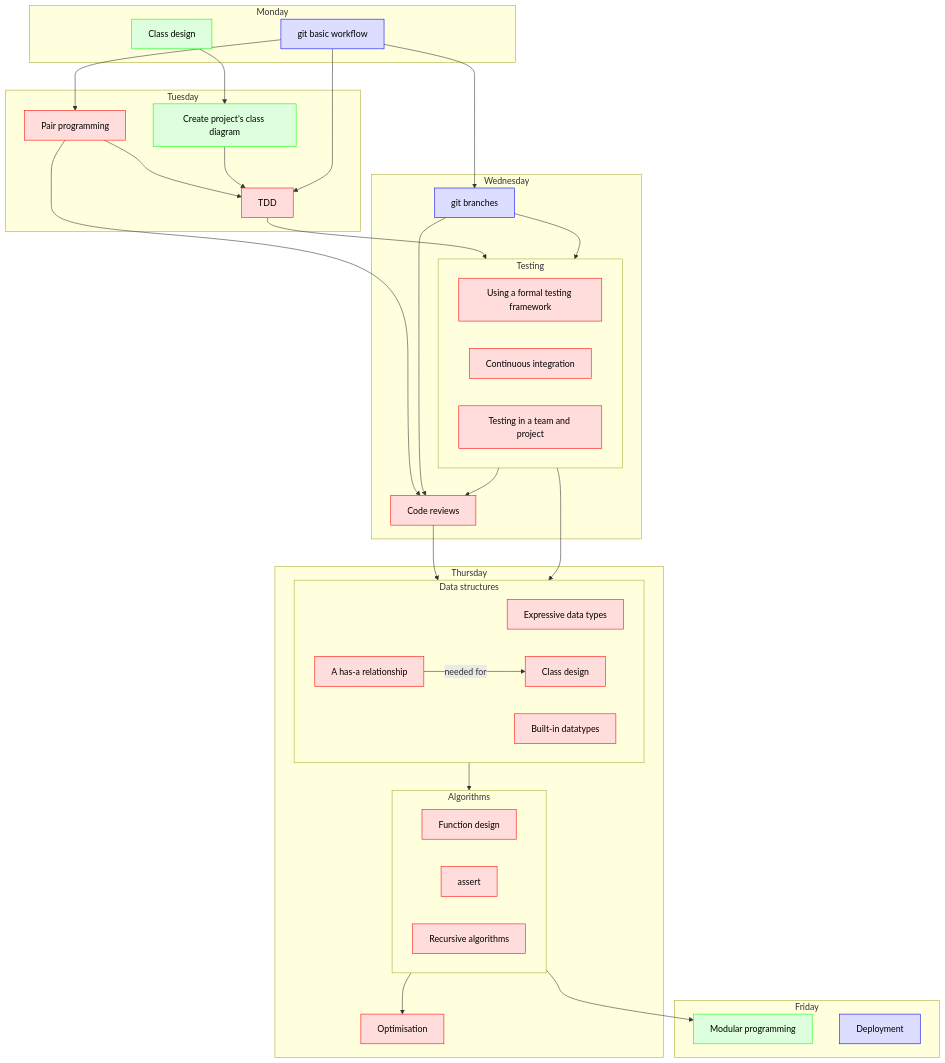
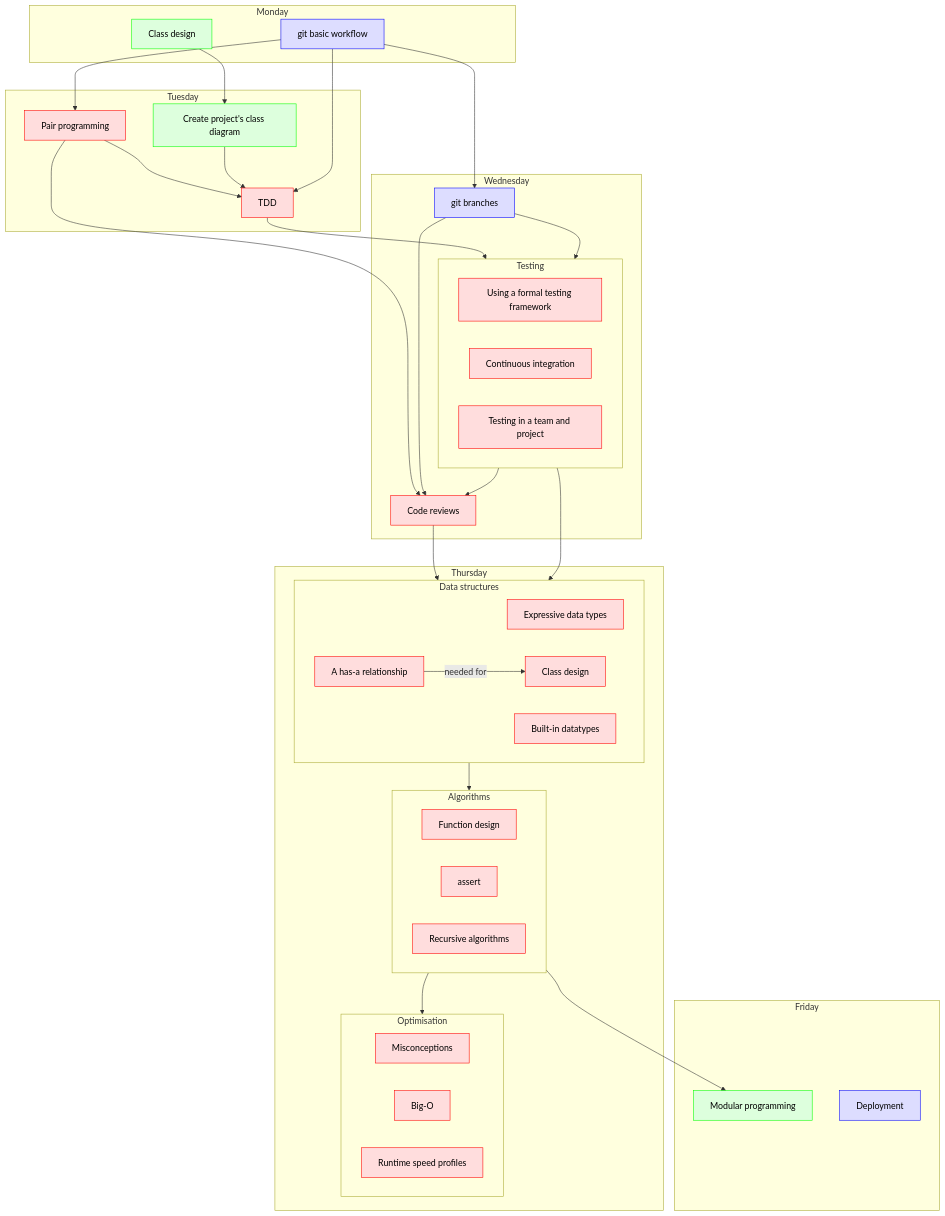
The second of 2 diagrams in docs/intro.md (UPPMAX/programming_formalisms), drawn with Mermaid before and after one commit. The commit also changed 6 other files, not shown here.

````diff
--- a/docs/intro.md
+++ b/docs/intro.md
@@ -113,63 +113,67 @@
 ```mermaid
 flowchart TD
 
   classDef bjorn_node fill:#ddf,color:#000,stroke:#00f
   classDef lars_node fill:#dfd,color:#000,stroke:#0f0
   classDef richel_node fill:#fdd,color:#000,stroke:#f00
 
   subgraph day_1[Monday]
     git_basic[git basic workflow]:::bjorn_node
     class_design[Class design]:::lars_node
   end
   subgraph day_2[Tuesday]
     class_diagram[Create project's class diagram]:::lars_node
     pair_programming[Pair programming]:::richel_node
     tdd[TDD]:::richel_node
   end
   subgraph day_3[Wednesday]
     subgraph testing[Testing]
       testing_framework[Using a formal testing framework]:::richel_node
       continuous_integration[Continuous integration]:::richel_node
       testing_in_a_team[Testing in a team and project]:::richel_node
     end
     code_reviews[Code reviews]:::richel_node
     git_branches[git branches]:::bjorn_node
   end
   subgraph day_4[Thursday]
     subgraph data_structures[Data structures]
       expressive_data_types[Expressive data types]:::richel_node
       has_a_relationship[A has-a relationship]:::richel_node
       class_design_in_code[Class design]:::richel_node
       built_in_datatypes[Built-in datatypes]:::richel_node
       has_a_relationship --> |needed for| class_design_in_code
     end
     subgraph algorithms[Algorithms]
       function_design[Function design]:::richel_node
       assert[assert]:::richel_node
       recursive_algorithms[Recursive algorithms]:::richel_node
     end
-    optimisation[Optimisation]:::richel_node
+    subgraph optimisation[Optimisation]
+      misconceptions[Misconceptions]:::richel_node
+      big_o[Big-O]:::richel_node
+      runtime_speed_profiles[Runtime speed profiles]:::richel_node
+    end
   end
   subgraph day_5[Friday]
     modular_programming[Modular programming]:::lars_node
     deployment[Deployment]:::bjorn_node
   end
 
 
   git_basic --> pair_programming
   pair_programming --> tdd
   git_basic --> git_branches
   pair_programming --> code_reviews
   git_branches --> code_reviews
   class_design --> class_diagram
   class_diagram --> tdd
   git_basic --> tdd
   tdd --> testing
   git_branches --> testing
   code_reviews --> data_structures
   testing --> data_structures
   testing --> code_reviews
   data_structures --> algorithms
   algorithms --> modular_programming
   algorithms --> optimisation
 ```
````
